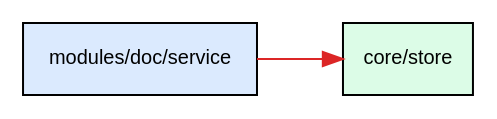
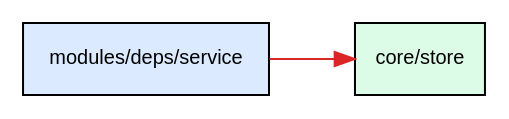
Before and after one commit to On-DevPlan/nx-rp: the diagram in assets/nx-rp/references/deps-graph.md, drawn with Graphviz. The commit also changed other lines of this file and 19 other files, not shown here.

````diff
--- a/assets/nx-rp/references/deps-graph.md
+++ b/assets/nx-rp/references/deps-graph.md
@@ -100,9 +100,9 @@
 ```dot
 digraph nx_rp_dependencies {
   graph [rankdir=LR, splines=true, overlap=false, ranksep=0.6, nodesep=0.3];
   node  [shape=box, style=filled, fontname="Helvetica", fontsize=10];
   "core.store" [label="core/store", fillcolor="#dcfce7"];
-  "modules.doc.service" [label="modules/doc/service", fillcolor="#dbeafe"];
-  "modules.doc.service" -> "core.store" [color="#dc2626"];   // 跨层 = 红
+  "modules.deps.service" [label="modules/deps/service", fillcolor="#dbeafe"];
+  "modules.deps.service" -> "core.store" [color="#dc2626"];   // 跨层 = 红
 }
 ```
````
